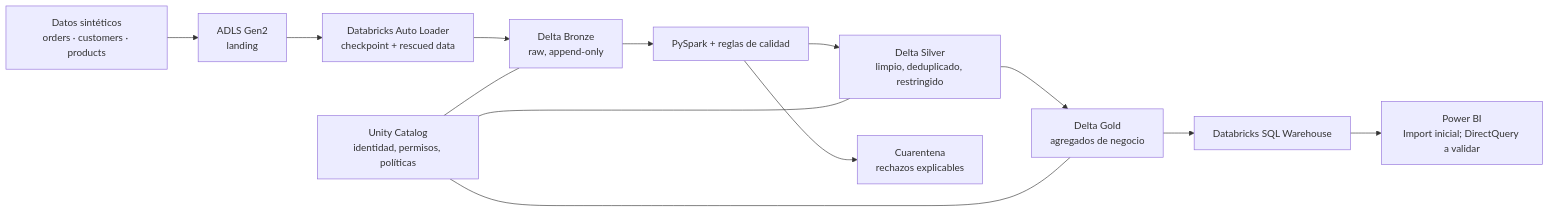
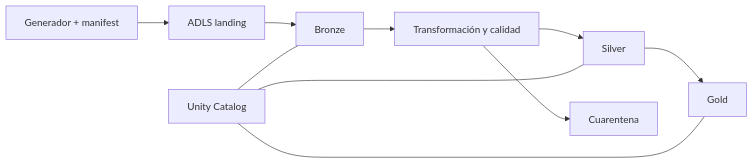
The diagram in README.md (SalvillaT/tt-ecommerce), drawn with Mermaid before and after one commit. The commit also changed other lines of this file and 1 other file, not shown here.

````diff
--- a/README.md
+++ b/README.md
@@ -59,15 +11,12 @@
 ```mermaid
 flowchart LR
-    S[Datos sintéticos\norders · customers · products] --> A[ADLS Gen2\nlanding]
-    A --> B[Databricks Auto Loader\ncheckpoint + rescued data]
-    B --> C[Delta Bronze\nraw, append-only]
-    C --> D[PySpark + reglas de calidad]
-    D --> E[Delta Silver\nlimpio, deduplicado, restringido]
-    D --> Q[Cuarentena\nrechazos explicables]
-    E --> G[Delta Gold\nagregados de negocio]
-    G --> W[Databricks SQL Warehouse]
-    W --> P[Power BI\nImport inicial; DirectQuery a validar]
-    UC[Unity Catalog\nidentidad, permisos, políticas] --- C
-    UC --- E
-    UC --- G
+    G[Generador + manifest] --> L[ADLS landing]
+    L --> B[Bronze]
+    B --> T[Transformación y calidad]
+    T --> S[Silver]
+    T --> Q[Cuarentena]
+    S --> K[Gold]
+    U[Unity Catalog] --- B
+    U --- S
+    U --- K
 ```
````
